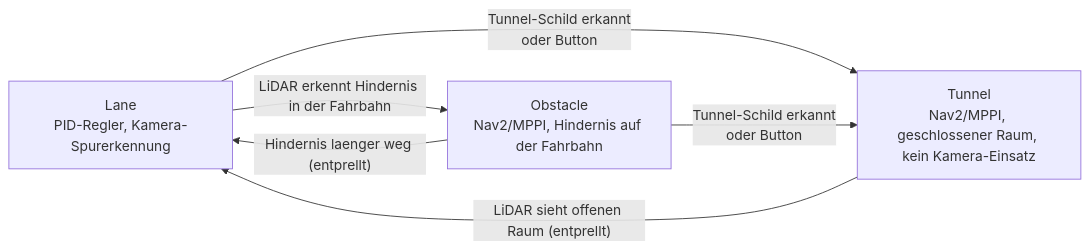
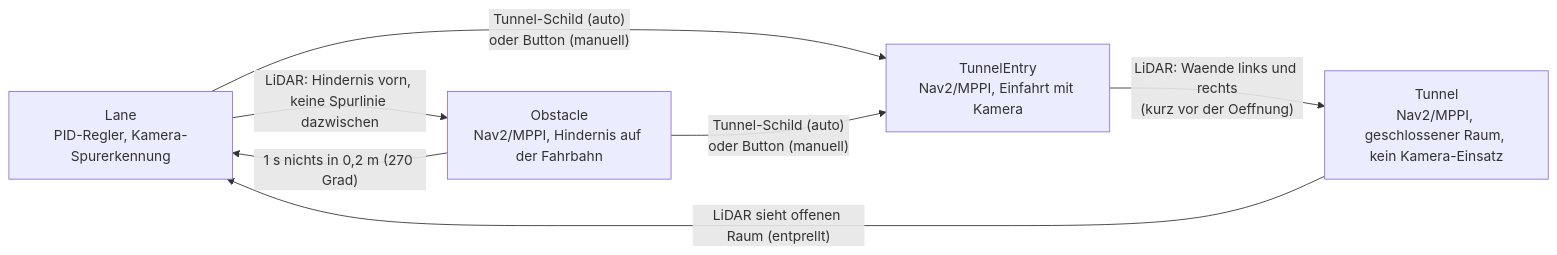
The first of 4 diagrams in docs/Nav2LocalCoastmap_Doku.md (NaiRolF878/TurtleBot3-URMC), drawn with Mermaid before and after one commit. The commit also changed other lines of this file and 28 other files, not shown here.

````diff
--- a/docs/Nav2LocalCoastmap_Doku.md
+++ b/docs/Nav2LocalCoastmap_Doku.md
@@ -22,12 +22,14 @@
 ```mermaid
 flowchart LR
     Lane["Lane\nPID-Regler, Kamera-Spurerkennung"]
     Obstacle["Obstacle\nNav2/MPPI, Hindernis auf der Fahrbahn"]
     Tunnel["Tunnel\nNav2/MPPI, geschlossener Raum, kein Kamera-Einsatz"]
 
-    Lane -- "LiDAR erkennt Hindernis in der Fahrbahn" --> Obstacle
-    Obstacle -- "Hindernis laenger weg (entprellt)" --> Lane
-    Lane -- "Tunnel-Schild erkannt\noder Button" --> Tunnel
-    Obstacle -- "Tunnel-Schild erkannt\noder Button" --> Tunnel
+    Lane -- "LiDAR: Hindernis vorn, keine Spurlinie dazwischen" --> Obstacle
+    Obstacle -- "1 s nichts in 0,2 m (270 Grad)" --> Lane
+    TunnelEntry["TunnelEntry\nNav2/MPPI, Einfahrt mit Kamera"]
+    Lane -- "Tunnel-Schild (auto)\noder Button (manuell)" --> TunnelEntry
+    Obstacle -- "Tunnel-Schild (auto)\noder Button (manuell)" --> TunnelEntry
+    TunnelEntry -- "LiDAR: Waende links und rechts\n(kurz vor der Oeffnung)" --> Tunnel
     Tunnel -- "LiDAR sieht offenen Raum (entprellt)" --> Lane
 ```
````
